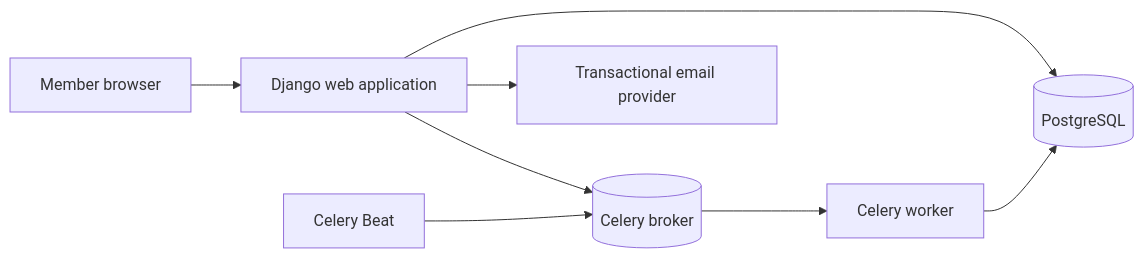
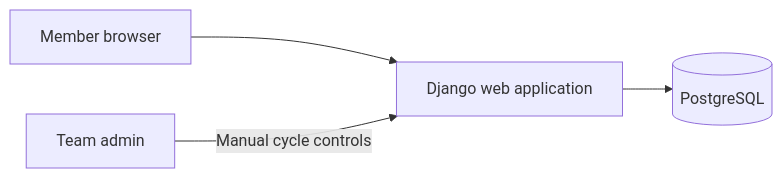
The diagram in _docs/architecture.md (omnya-elhosseny/weekly-feedback), drawn with Mermaid before and after one commit. The commit also changed other lines of this file and 5 other files, not shown here.

````diff
--- a/_docs/architecture.md
+++ b/_docs/architecture.md
@@ -9,10 +9,6 @@
 ```mermaid
 flowchart LR
     Browser[Member browser] --> Web[Django web application]
     Web --> DB[(PostgreSQL)]
-    Web --> Mail[Transactional email provider]
-    Beat[Celery Beat] --> Broker[(Celery broker)]
-    Web --> Broker
-    Broker --> Worker[Celery worker]
-    Worker --> DB
+    Admin[Team admin] -->|Manual cycle controls| Web
 ```
````
